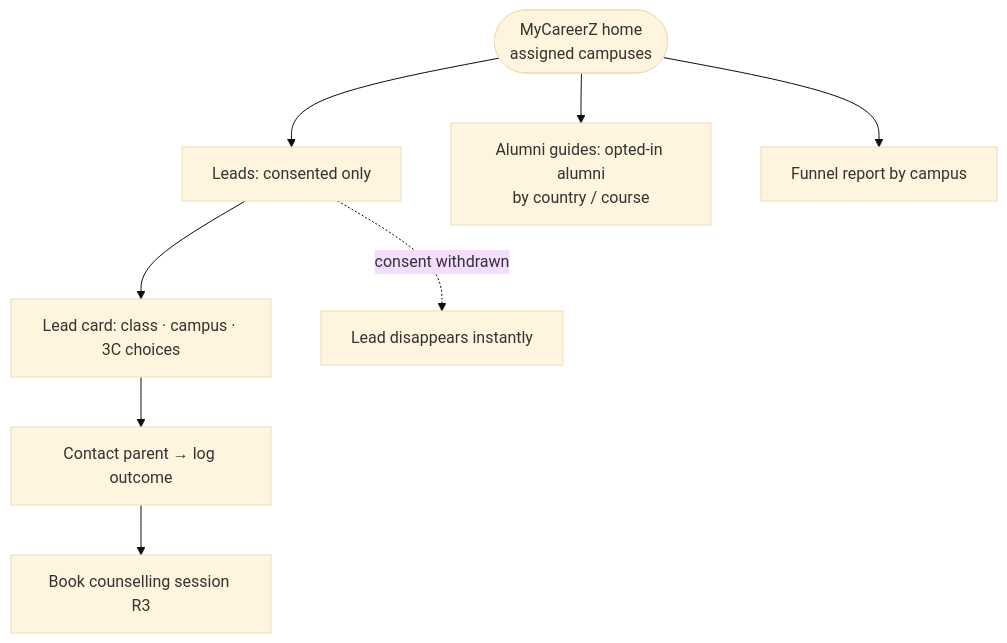
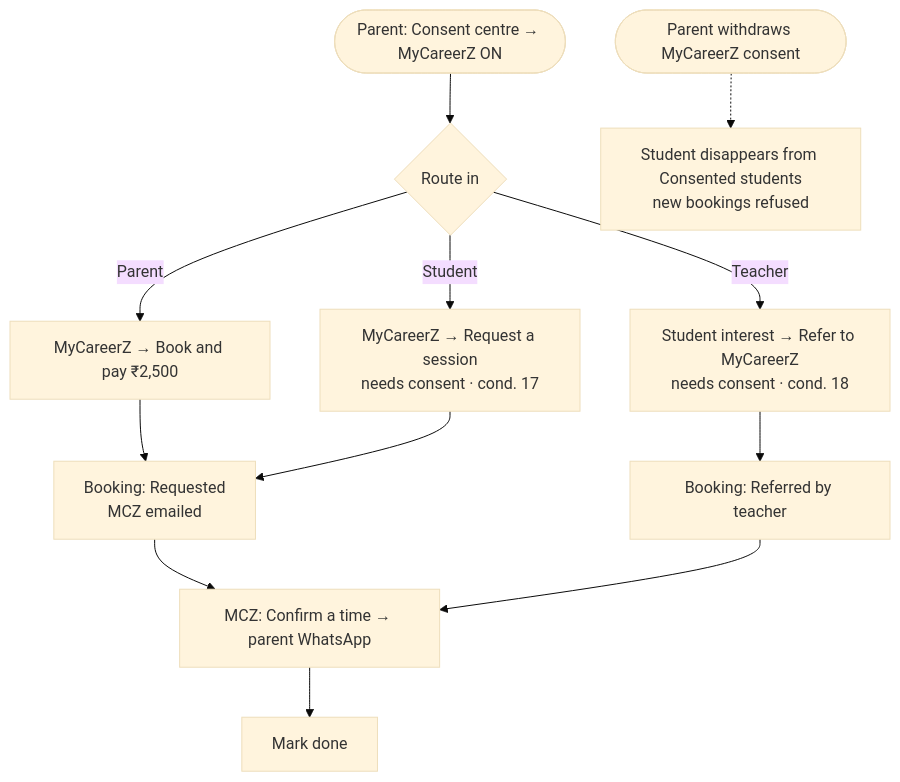
One commit to shubham-pawar-tc/vibgyor-alumni changed the diagram in docs/MCZ-FLOW.md. Above: the diagram before and after it, drawn with Mermaid (base theme). The commit also changed other lines of this file and 30 other files, not shown here.

````diff
--- a/docs/MCZ-FLOW.md
+++ b/docs/MCZ-FLOW.md
@@ -74,10 +29,12 @@
 ```mermaid
 flowchart TD
-    A([MyCareerZ home<br/>assigned campuses]) --> B[Leads: consented only]
-    B --> B1[Lead card: class · campus · 3C choices]
-    B1 --> B2[Contact parent → log outcome]
-    B2 --> B3[Book counselling session R3]
-    A --> C[Alumni guides: opted-in alumni<br/>by country / course]
-    A --> D[Funnel report by campus]
-    B -. consent withdrawn .-> X[Lead disappears instantly]
+    P([Parent: Consent centre → MyCareerZ ON]) --> S{Route in}
+    S -->|Parent| B1[MyCareerZ → Book and pay ₹2,500]
+    S -->|Student| B2[MyCareerZ → Request a session<br/>needs consent · cond. 17]
+    S -->|Teacher| B3[Student interest → Refer to MyCareerZ<br/>needs consent · cond. 18]
+    B1 & B2 --> R[Booking: Requested<br/>MCZ emailed]
+    B3 --> RF[Booking: Referred by teacher]
+    R & RF --> C[MCZ: Confirm a time → parent WhatsApp]
+    C --> D[Mark done]
+    X([Parent withdraws MyCareerZ consent]) -.-> H[Student disappears from Consented students<br/>new bookings refused]
 ```
````
